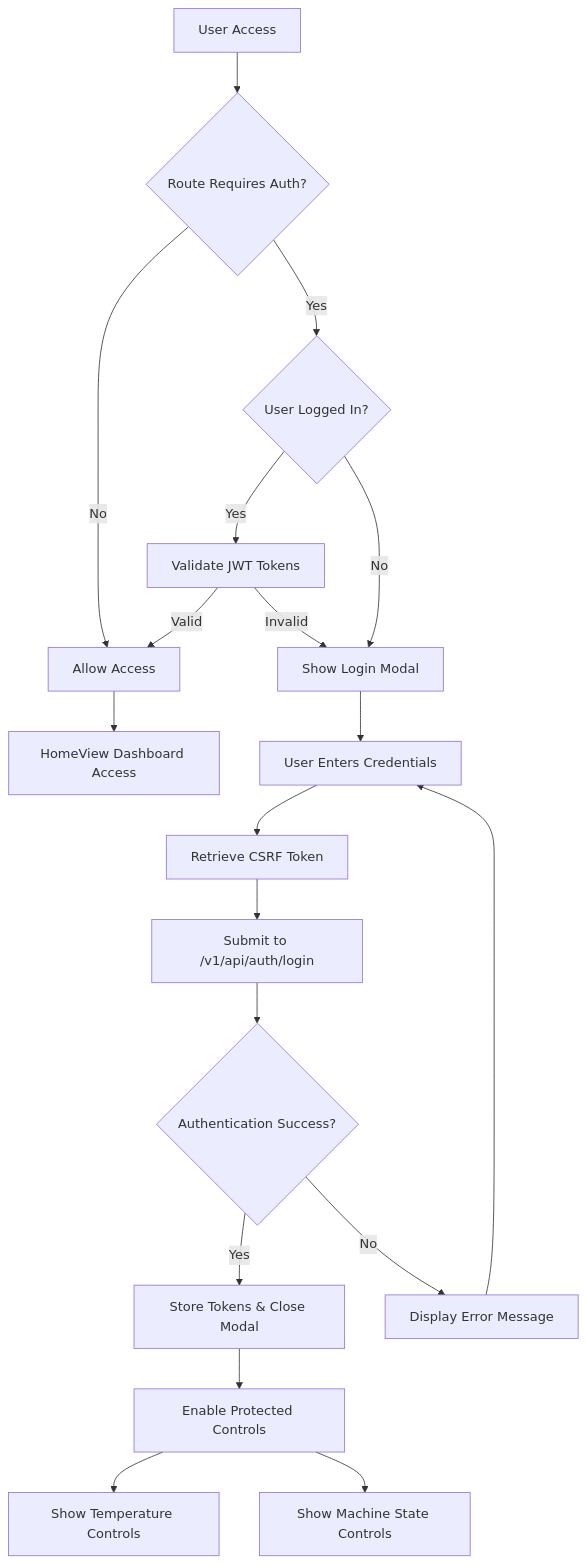
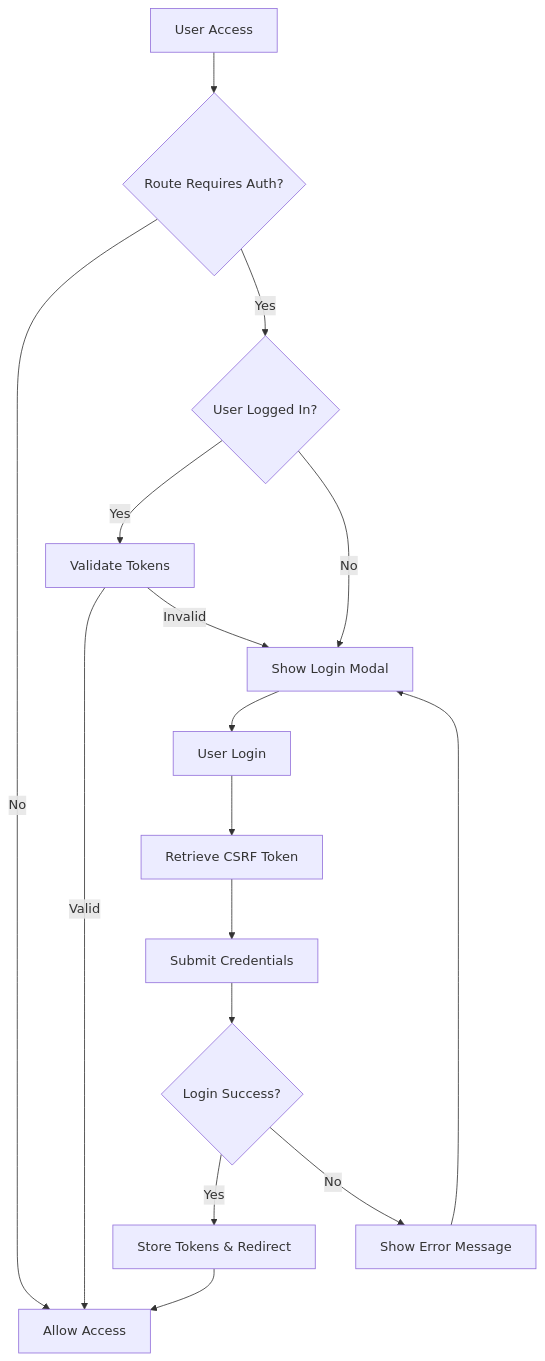
One commit to CSchotborgh/ecx-web-ui-main-september changed the second of 3 diagrams in README.md. Above: the diagram before and after it, drawn with Mermaid. The commit also changed other lines of this file and 24 other files, not shown here.

````diff
--- a/README.md
+++ b/README.md
@@ -107,21 +165,18 @@
 ```mermaid
 graph TD
     A[User Access] --> B{Route Requires Auth?}
     B -->|No| C[Allow Access]
     B -->|Yes| D{User Logged In?}
-    D -->|Yes| E[Validate JWT Tokens]
+    D -->|Yes| E[Validate Tokens]
     D -->|No| F[Show Login Modal]
     E -->|Valid| C
     E -->|Invalid| F
-    F --> G[User Enters Credentials]
+    F --> G[User Login]
     G --> H[Retrieve CSRF Token]
-    H --> I[Submit to /v1/api/auth/login]
-    I --> J{Authentication Success?}
-    J -->|Yes| K[Store Tokens & Close Modal]
-    J -->|No| L[Display Error Message]
-    L --> G
-    K --> M[Enable Protected Controls]
-    M --> N[Show Temperature Controls]
-    M --> O[Show Machine State Controls]
-    C --> P[HomeView Dashboard Access]
+    H --> I[Submit Credentials]
+    I --> J{Login Success?}
+    J -->|Yes| K[Store Tokens & Redirect]
+    J -->|No| L[Show Error Message]
+    K --> C
+    L --> F
 ```
````
